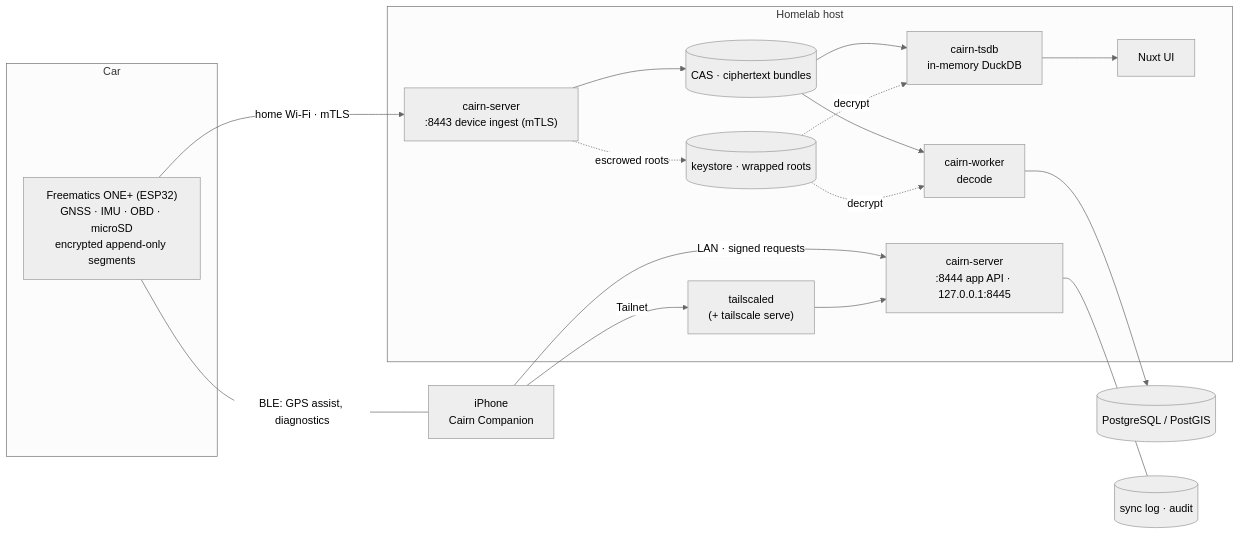
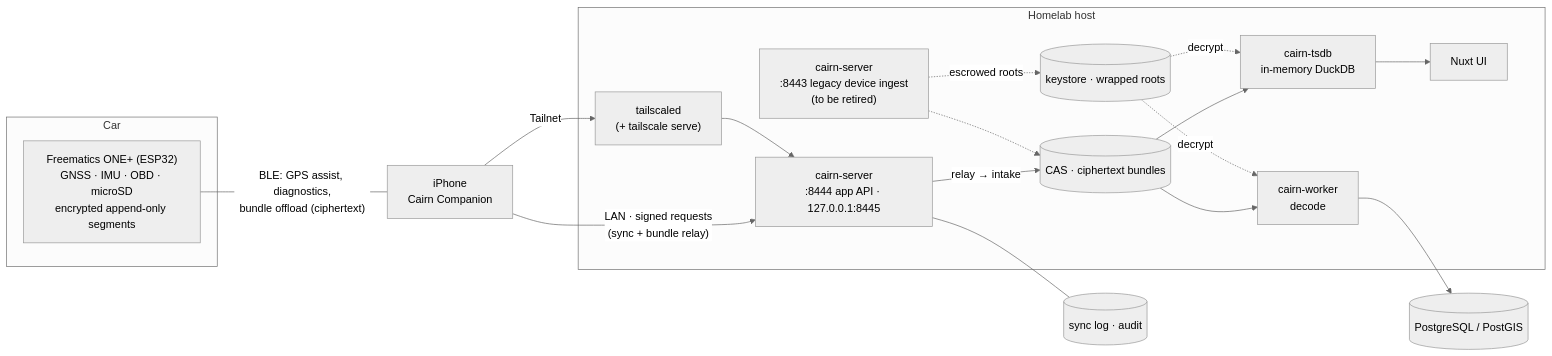
The diagram in docs/architecture.md (ParkWardRR/Cairn), drawn with Mermaid (neutral theme) before and after one commit. The commit also changed other lines of this file and 15 other files, not shown here.

First line of the commit message:
docs: BLE bundle offload and the no-Wi-Fi architecture

````diff
--- a/docs/architecture.md
+++ b/docs/architecture.md
@@ -13,28 +13,28 @@
 ```mermaid
 flowchart LR
   subgraph Car
     D["Freematics ONE+ (ESP32)<br/>GNSS · IMU · OBD · microSD<br/>encrypted append-only segments"]
   end
   P["iPhone<br/>Cairn Companion"]
   subgraph Host["Homelab host"]
     TS["tailscaled<br/>(+ tailscale serve)"]
-    I["cairn-server<br/>:8443 device ingest (mTLS)"]
+    I["cairn-server<br/>:8443 legacy device ingest<br/>(to be retired)"]
     A["cairn-server<br/>:8444 app API · 127.0.0.1:8445"]
     CAS[("CAS · ciphertext bundles")]
     KS[("keystore · wrapped roots")]
     W["cairn-worker<br/>decode"]
     TSDB["cairn-tsdb<br/>in-memory DuckDB"]
     UI["Nuxt UI"]
   end
-  D -- "BLE: GPS assist, diagnostics" --- P
-  D -- "home Wi-Fi · mTLS" --> I
-  P -- "LAN · signed requests" --> A
+  D -- "BLE: GPS assist, diagnostics,<br/>bundle offload (ciphertext)" --- P
+  P -- "LAN · signed requests<br/>(sync + bundle relay)" --> A
   P -- "Tailnet" --> TS --> A
-  I --> CAS
+  A -- "relay → intake" --> CAS
+  I -.-> CAS
   I -. escrowed roots .-> KS
   CAS --> W --> PG[("PostgreSQL / PostGIS")]
   CAS --> TSDB --> UI
   KS -. decrypt .-> W
   KS -. decrypt .-> TSDB
   A --- AS[("sync log · audit")]
 ```
````
